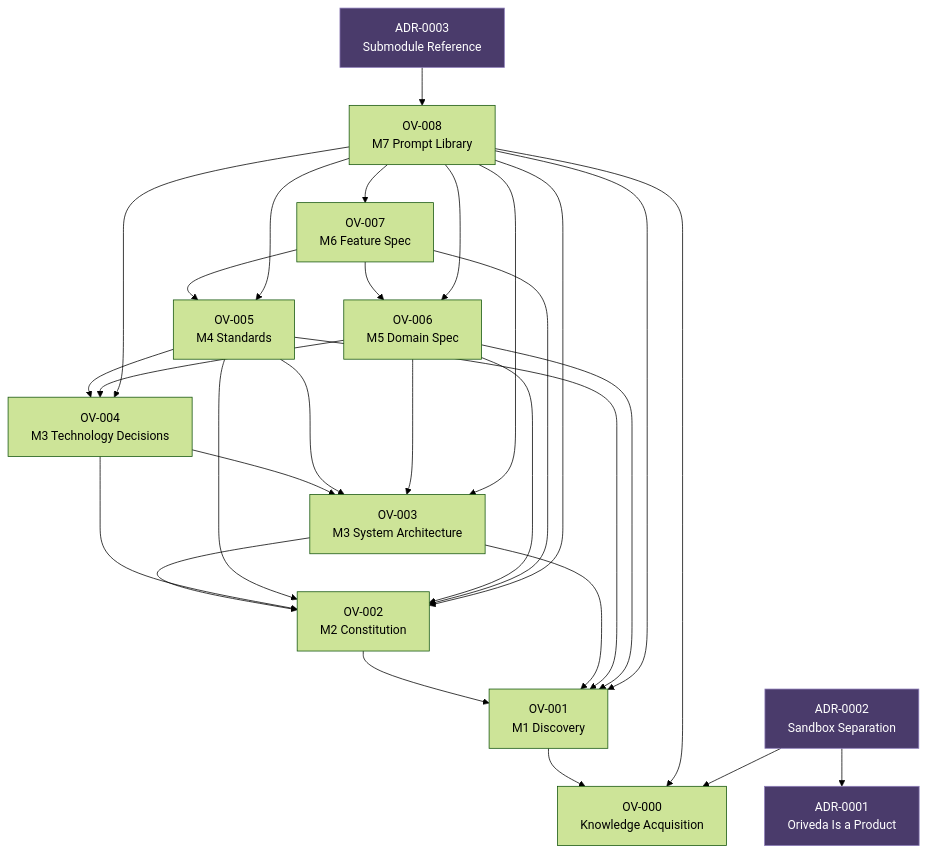
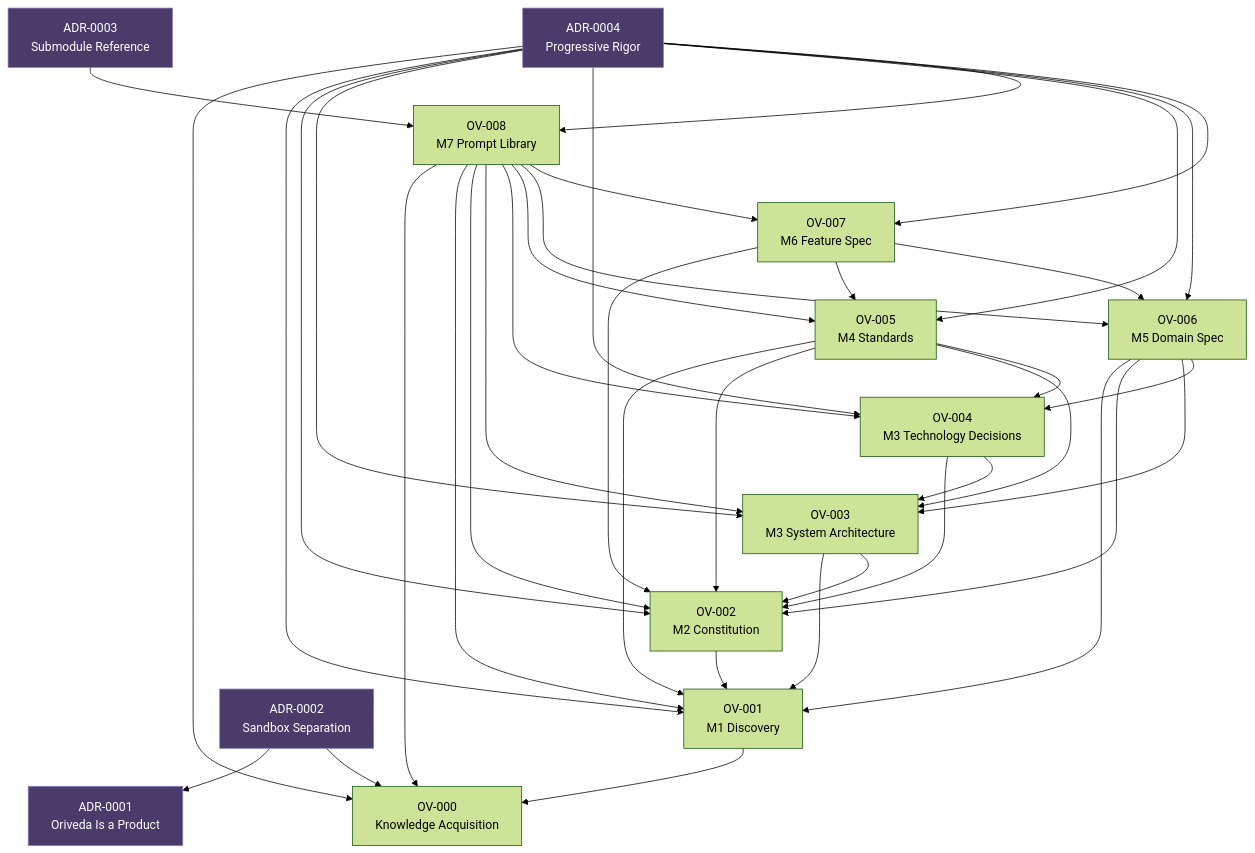
Before and after one commit to VedantJoshi23/Oriveda: the diagram in .oriveda/knowledge_graph.md, drawn with Mermaid (forest theme). The commit also changed other lines of this file and 18 other files, not shown here.

First line of the commit message:
feat: ADR-0004 progressive rigor, Apache-2.0 license, Graphify pilot

````diff
--- a/.oriveda/knowledge_graph.md
+++ b/.oriveda/knowledge_graph.md
@@ -17,49 +17,59 @@
 ```mermaid
 graph TD
     OV000["OV-000<br/>Knowledge Acquisition"]
     OV001["OV-001<br/>M1 Discovery"]
     OV002["OV-002<br/>M2 Constitution"]
     OV003["OV-003<br/>M3 System Architecture"]
     OV004["OV-004<br/>M3 Technology Decisions"]
     OV005["OV-005<br/>M4 Standards"]
     OV006["OV-006<br/>M5 Domain Spec"]
     OV007["OV-007<br/>M6 Feature Spec"]
     OV008["OV-008<br/>M7 Prompt Library"]
 
     ADR0001["ADR-0001<br/>Oriveda Is a Product"]
     ADR0002["ADR-0002<br/>Sandbox Separation"]
     ADR0003["ADR-0003<br/>Submodule Reference"]
+    ADR0004["ADR-0004<br/>Progressive Rigor"]
 
     OV001 --> OV000
     OV002 --> OV001
     OV003 --> OV001
     OV003 --> OV002
     OV004 --> OV002
     OV004 --> OV003
     OV005 --> OV001
     OV005 --> OV002
     OV005 --> OV003
     OV005 --> OV004
     OV006 --> OV001
     OV006 --> OV002
     OV006 --> OV003
     OV006 --> OV004
     OV007 --> OV002
     OV007 --> OV005
     OV007 --> OV006
     OV008 --> OV000
     OV008 --> OV001
     OV008 --> OV002
     OV008 --> OV003
     OV008 --> OV004
     OV008 --> OV005
     OV008 --> OV006
     OV008 --> OV007
 
     ADR0002 --> ADR0001
     ADR0002 --> OV000
     ADR0003 --> OV008
+    ADR0004 --> OV000
+    ADR0004 --> OV001
+    ADR0004 --> OV002
+    ADR0004 --> OV003
+    ADR0004 --> OV004
+    ADR0004 --> OV005
+    ADR0004 --> OV006
+    ADR0004 --> OV007
+    ADR0004 --> OV008
 
     classDef adr fill:#4a3b6b,stroke:#8b7bb8,color:#fff
-    class ADR0001,ADR0002,ADR0003 adr
+    class ADR0001,ADR0002,ADR0003,ADR0004 adr
 ```
````
